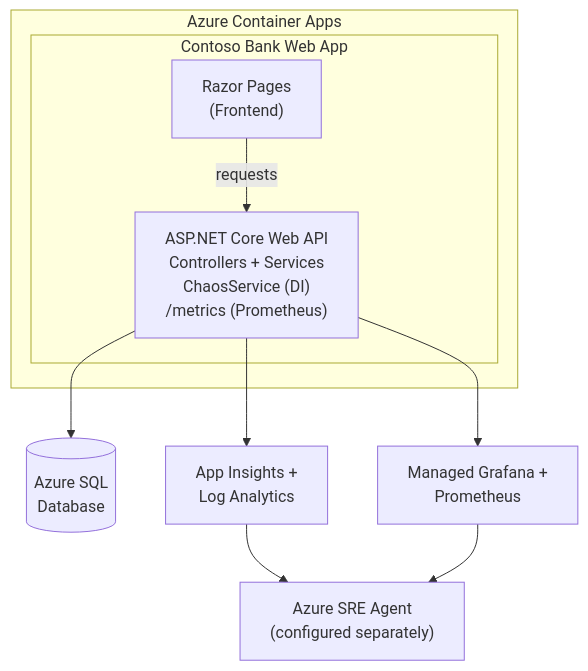
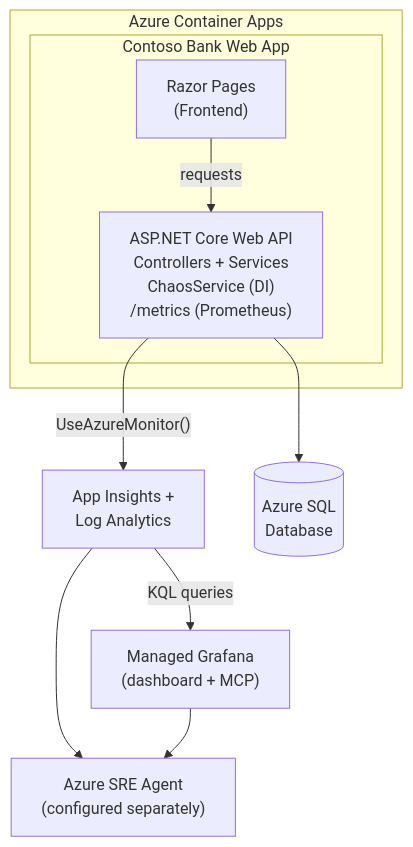
One commit to AlahmadiQ8/sre-agent-demo changed the first of 4 diagrams in specs/01-spec.md. Above: the diagram before and after it, drawn with Mermaid. The commit also changed other lines of this file and 1 other file, not shown here.

First line of the commit message:
Update spec to reflect architectural changes from Task 15

````diff
--- a/specs/01-spec.md
+++ b/specs/01-spec.md
@@ -36,15 +36,15 @@
 ```mermaid
 graph TD
     subgraph ACA["Azure Container Apps"]
         subgraph WebApp["Contoso Bank Web App"]
             Razor["Razor Pages<br/>(Frontend)"] -->|requests| API["ASP.NET Core Web API<br/>Controllers + Services<br/>ChaosService (DI)<br/>/metrics (Prometheus)"]
         end
     end
 
+    API -->|"UseAzureMonitor()"| AppInsights["App Insights +<br/>Log Analytics"]
     API --> SQL[("Azure SQL<br/>Database")]
-    API --> AppInsights["App Insights +<br/>Log Analytics"]
-    API --> Grafana["Managed Grafana +<br/>Prometheus"]
+    AppInsights -->|"KQL queries"| Grafana["Managed Grafana<br/>(dashboard + MCP)"]
 
     AppInsights --> SRE["Azure SRE Agent<br/>(configured separately)"]
     Grafana --> SRE
 ```
````
